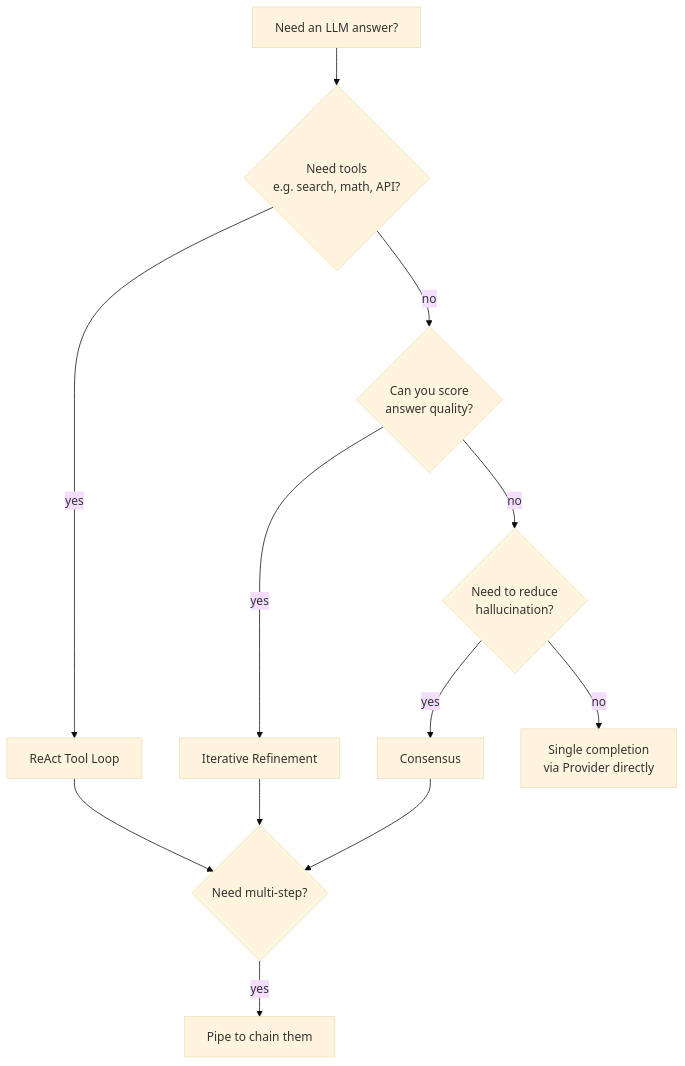
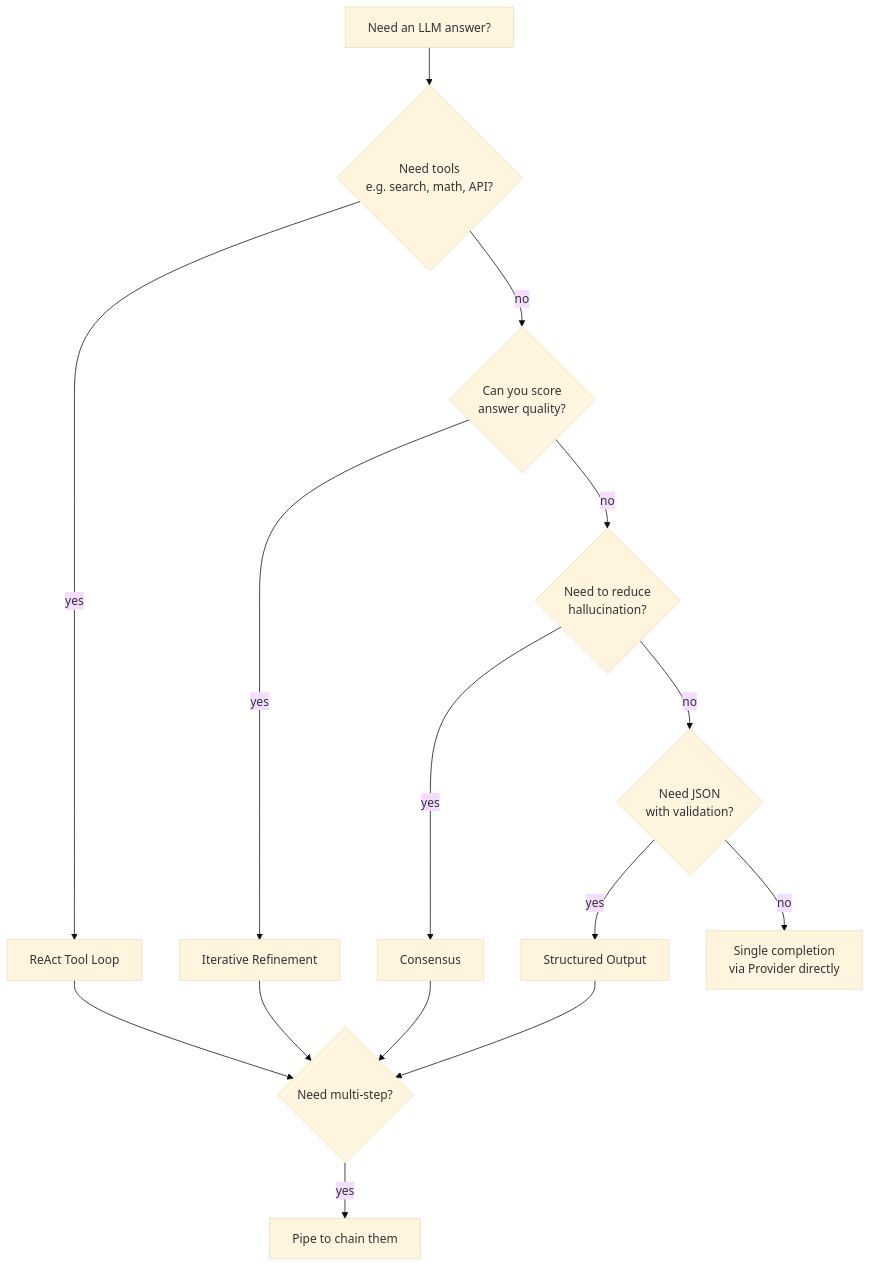
One commit to tafreeman/executionkit changed the diagram in docs/patterns/index.md. Above: the diagram before and after it, drawn with Mermaid (base theme). The commit also changed other lines of this file and 14 other files, not shown here.

````diff
--- a/docs/patterns/index.md
+++ b/docs/patterns/index.md
@@ -14,14 +15,17 @@
 ```mermaid
 flowchart TD
     A[Need an LLM answer?] --> B{Need tools<br/>e.g. search, math, API?}
     B -- yes --> C[ReAct Tool Loop]
     B -- no --> D{Can you score<br/>answer quality?}
     D -- yes --> E[Iterative Refinement]
     D -- no --> F{Need to reduce<br/>hallucination?}
     F -- yes --> G[Consensus]
-    F -- no --> H[Single completion<br/>via Provider directly]
+    F -- no --> K{Need JSON<br/>with validation?}
+    K -- yes --> L[Structured Output]
+    K -- no --> H[Single completion<br/>via Provider directly]
     C --> I{Need multi-step?}
     E --> I
     G --> I
+    L --> I
     I -- yes --> J[Pipe to chain them]
 ```
````
